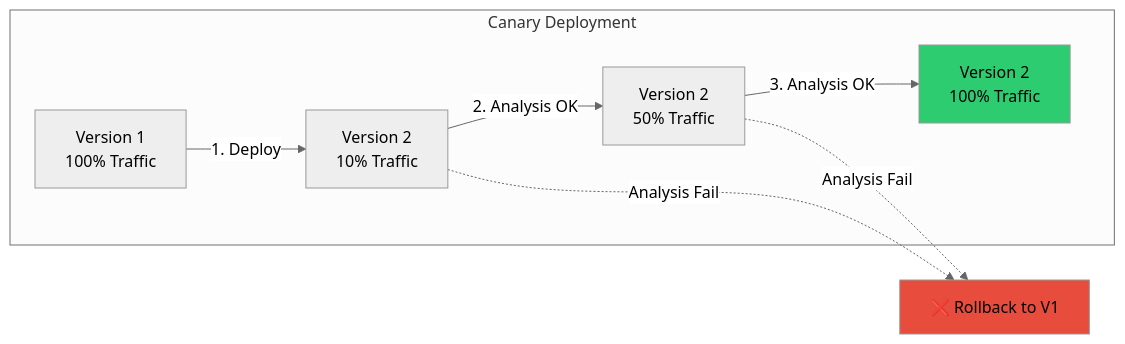
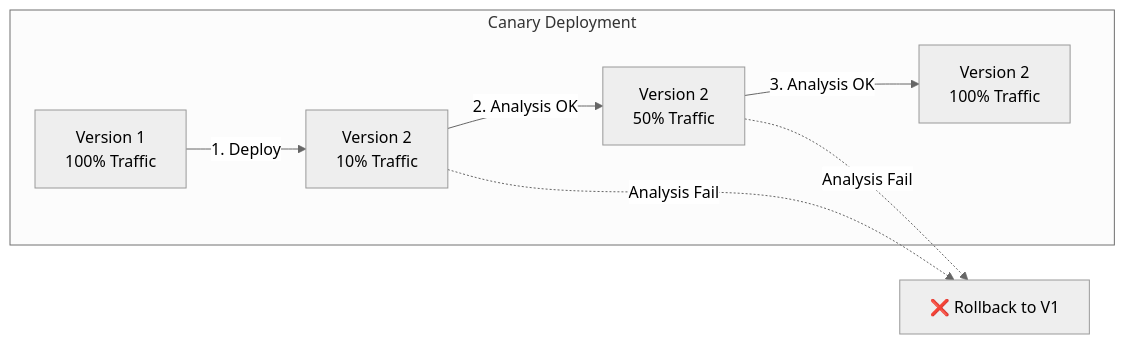
Before and after one commit to juwon8891/juwon8891.github.io: the fourth of 12 diagrams in docs/cicd/week6-argocd-final.md, drawn with Mermaid (neutral theme). The commit also changed other lines of this file and 18 other files, not shown here.

Commit message:
Remove bright colors from Mermaid diagrams for dark mode compatibility

````diff
--- a/docs/cicd/week6-argocd-final.md
+++ b/docs/cicd/week6-argocd-final.md
@@ -328,18 +322,16 @@
 ```mermaid
 graph LR
     subgraph "Canary Deployment"
         V1[Version 1<br/>100% Traffic]
         V2A[Version 2<br/>10% Traffic]
         V2B[Version 2<br/>50% Traffic]
         V2C[Version 2<br/>100% Traffic]
     end
 
     V1 -->|1. Deploy| V2A
     V2A -->|2. Analysis OK| V2B
     V2B -->|3. Analysis OK| V2C
     V2A -.->|Analysis Fail| ROLLBACK[❌ Rollback to V1]
     V2B -.->|Analysis Fail| ROLLBACK
 
-    style V2C fill:#2ECC71
-    style ROLLBACK fill:#E74C3C
 ```
````
